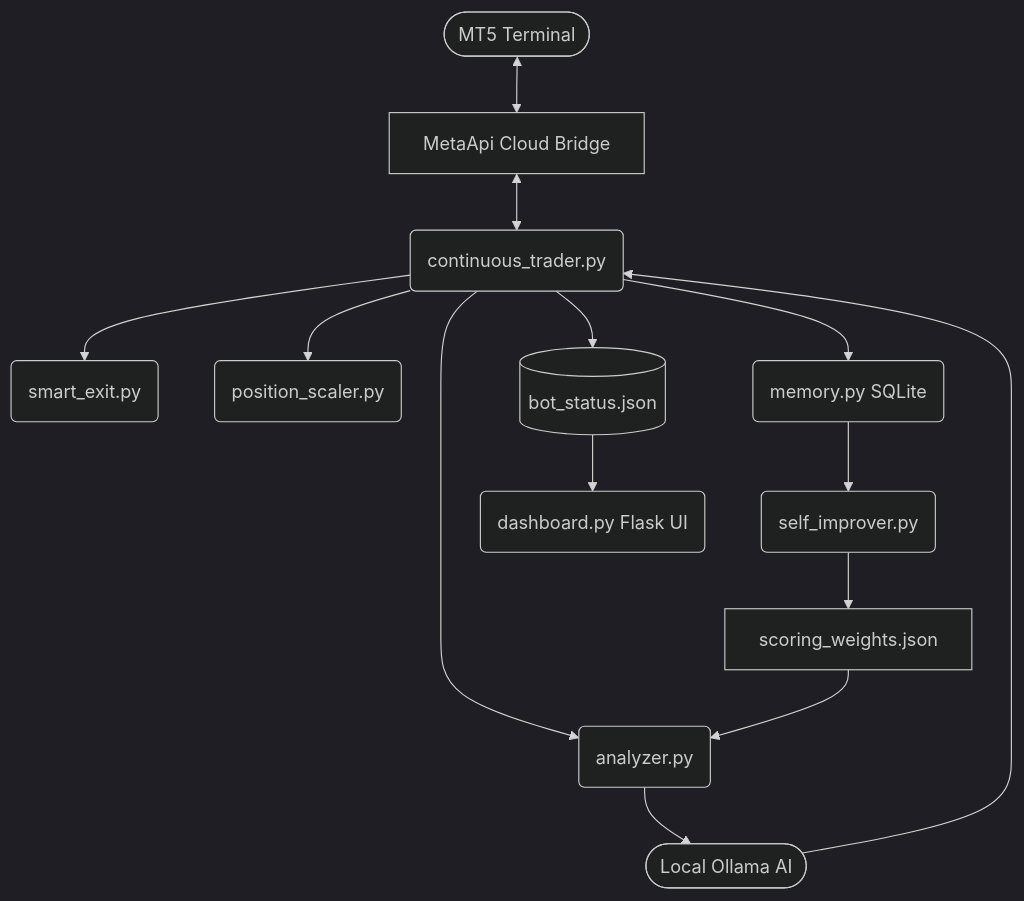
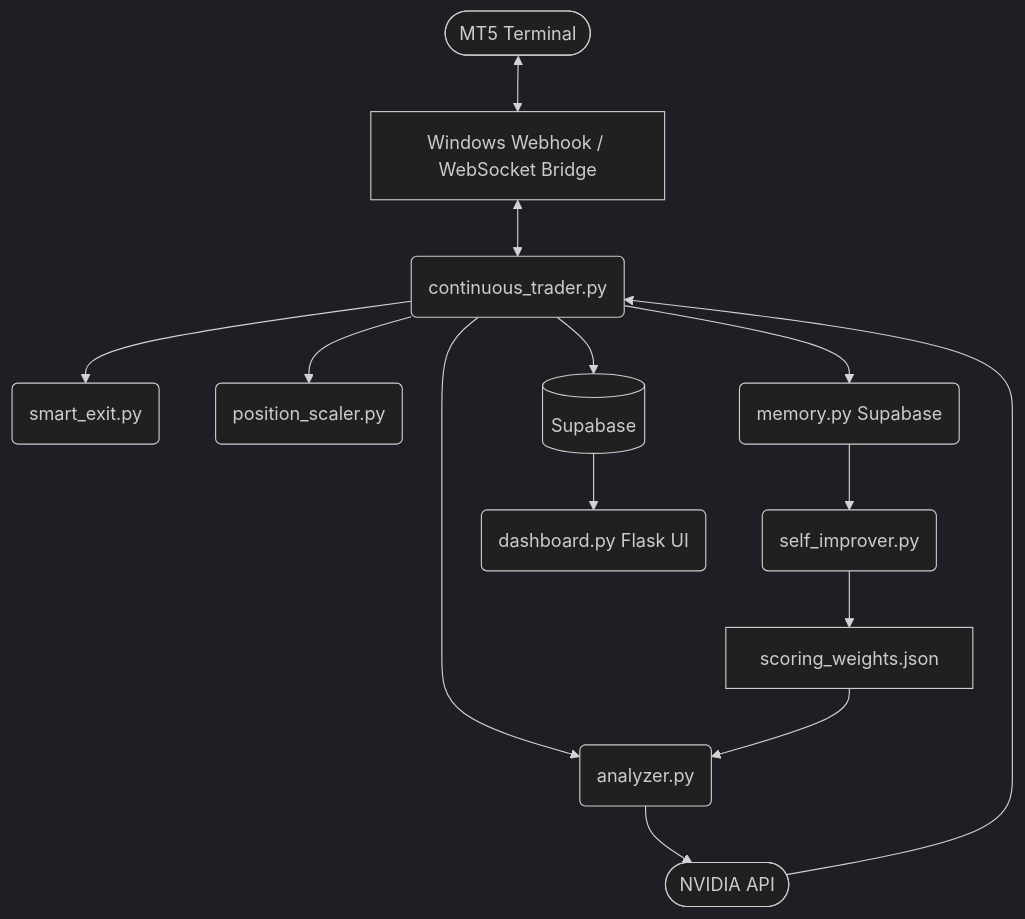
The diagram in docs/architecture.md (Dinehub1/MetatradeXM), drawn with Mermaid (dark theme) before and after one commit. The commit also changed other lines of this file and 53 other files, not shown here.

````diff
--- a/docs/architecture.md
+++ b/docs/architecture.md
@@ -7,20 +7,20 @@
 ```mermaid
 graph TD
-    MT5([MT5 Terminal]) <--> MetaApi[MetaApi Cloud Bridge]
-    MetaApi <--> Trader(continuous_trader.py)
+    MT5([MT5 Terminal]) <--> WinBridge[Windows Webhook / WebSocket Bridge]
+    WinBridge <--> Trader(continuous_trader.py)
     
     Trader --> Analyzer(analyzer.py)
-    Analyzer --> Ollama([Local Ollama AI])
-    Ollama --> Trader
+    Analyzer --> NVIDIA([NVIDIA API])
+    NVIDIA --> Trader
     
     Trader --> Exits(smart_exit.py)
     Trader --> Scaler(position_scaler.py)
     
-    Trader --> Memory(memory.py SQLite)
+    Trader --> Memory(memory.py Supabase)
     Memory --> Improver(self_improver.py)
     Improver --> Weights[scoring_weights.json]
     Weights --> Analyzer
     
-    Trader --> Status[(bot_status.json)]
-    Status --> Dashboard(dashboard.py Flask UI)
+    Trader --> LiveDB[(Supabase)]
+    LiveDB --> Dashboard(dashboard.py Flask UI)
 ```
````
